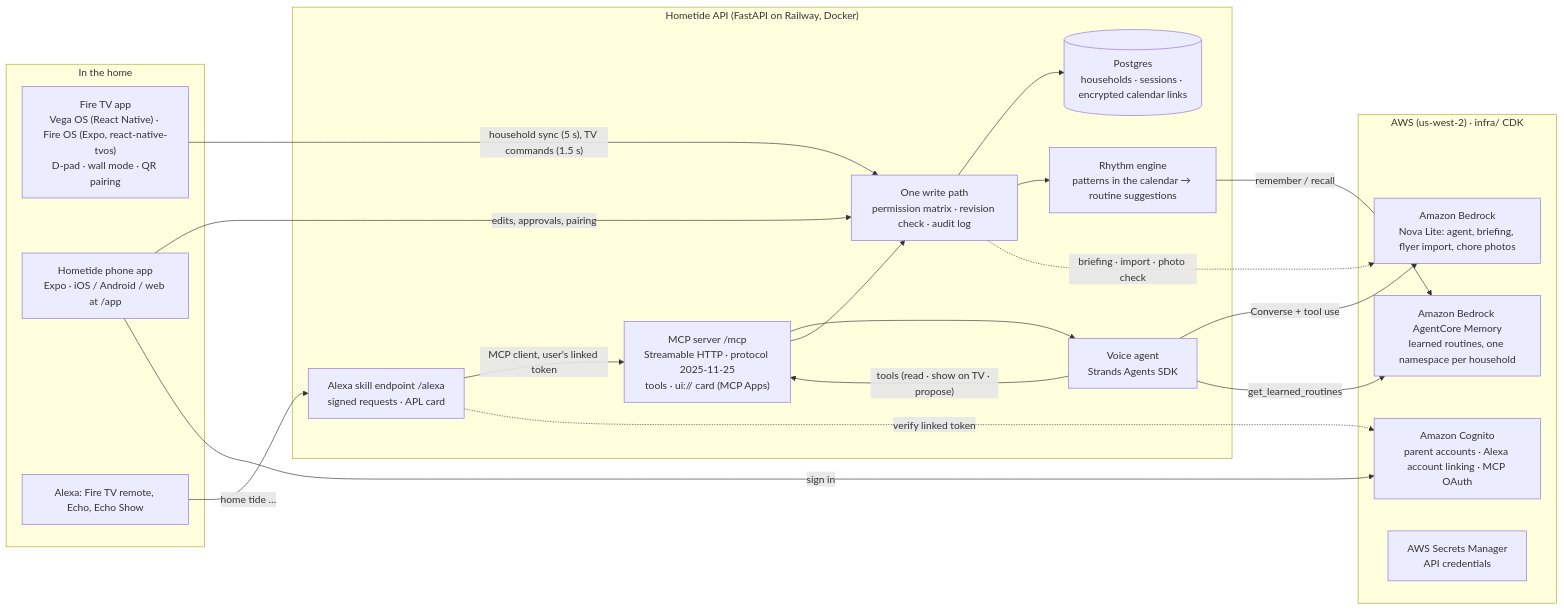
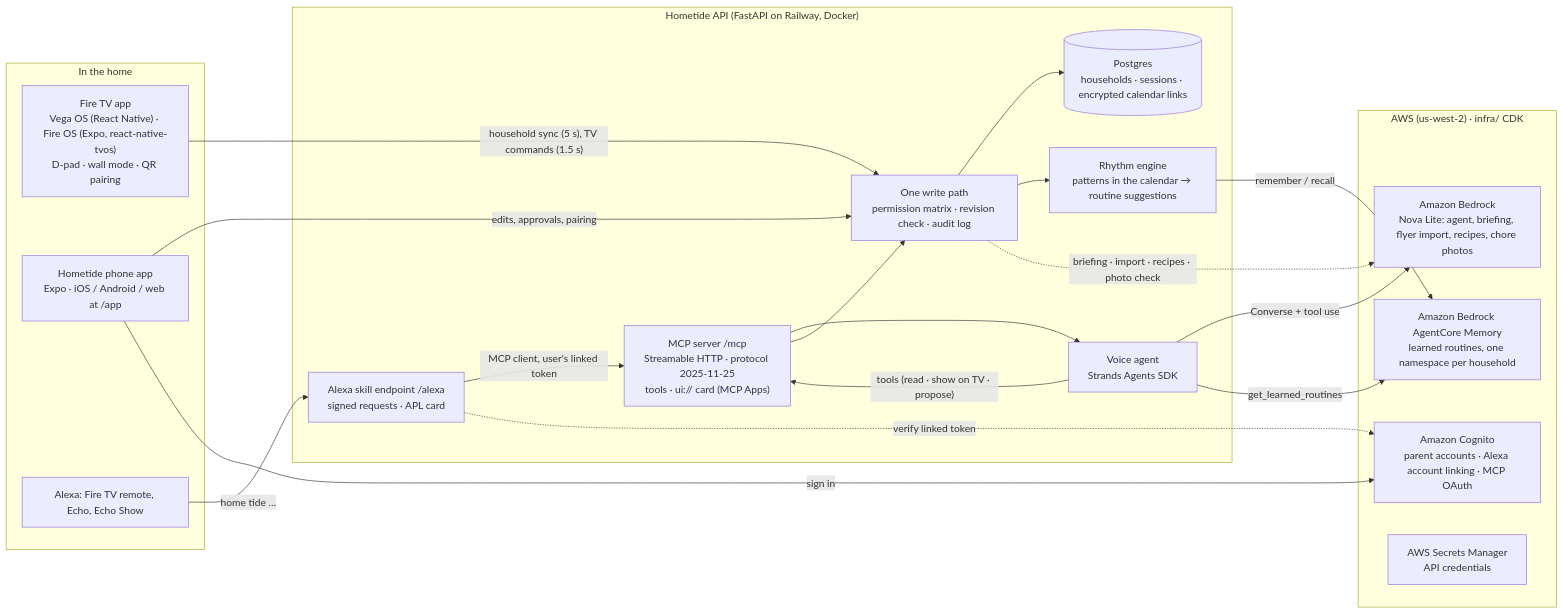
Before and after one commit to vvdotcom/FamilyOs: the diagram in docs/ARCHITECTURE.md, drawn with Mermaid. The commit also changed other lines of this file and 29 other files, not shown here.

````diff
--- a/docs/ARCHITECTURE.md
+++ b/docs/ARCHITECTURE.md
@@ -14,40 +14,40 @@
 ```mermaid
 flowchart LR
   subgraph Home["In the home"]
     TV["Fire TV app<br/>Vega OS (React Native) · Fire OS (Expo, react-native-tvos)<br/>D-pad · wall mode · QR pairing"]
     Phone["Hometide phone app<br/>Expo · iOS / Android / web at /app"]
     Echo["Alexa: Fire TV remote, Echo, Echo Show"]
   end
 
   subgraph Railway["Hometide API (FastAPI on Railway, Docker)"]
     Write["One write path<br/>permission matrix · revision check · audit log"]
     Rhythm["Rhythm engine<br/>patterns in the calendar → routine suggestions"]
     Agent["Voice agent<br/>Strands Agents SDK"]
     MCP["MCP server /mcp<br/>Streamable HTTP · protocol 2025-11-25<br/>tools · ui:// card (MCP Apps)"]
     Skill["Alexa skill endpoint /alexa<br/>signed requests · APL card"]
     PG[("Postgres<br/>households · sessions · encrypted calendar links")]
   end
 
   subgraph AWS["AWS (us-west-2) · infra/ CDK"]
     Cognito["Amazon Cognito<br/>parent accounts · Alexa account linking · MCP OAuth"]
-    Bedrock["Amazon Bedrock<br/>Nova Lite: agent, briefing, flyer import, chore photos"]
+    Bedrock["Amazon Bedrock<br/>Nova Lite: agent, briefing, flyer import, recipes, chore photos"]
     Memory["Amazon Bedrock AgentCore Memory<br/>learned routines, one namespace per household"]
     Secrets["AWS Secrets Manager<br/>API credentials"]
   end
 
   TV -- "household sync (5 s), TV commands (1.5 s)" --> Write
   Phone -- "edits, approvals, pairing" --> Write
   Echo -- "home tide …" --> Skill
   Skill -- "MCP client, user's linked token" --> MCP
   MCP --> Agent
   Agent -- "Converse + tool use" --> Bedrock
   Agent -- "tools (read · show on TV · propose)" --> MCP
   MCP --> Write
   Write --> PG
   Write --> Rhythm
   Rhythm -- "remember / recall" --> Memory
   Agent -- "get_learned_routines" --> Memory
   Phone -- "sign in" --> Cognito
   Skill -. "verify linked token" .-> Cognito
-  Write -. "briefing · import · photo check" .-> Bedrock
+  Write -. "briefing · import · recipes · photo check" .-> Bedrock
 ```
````
